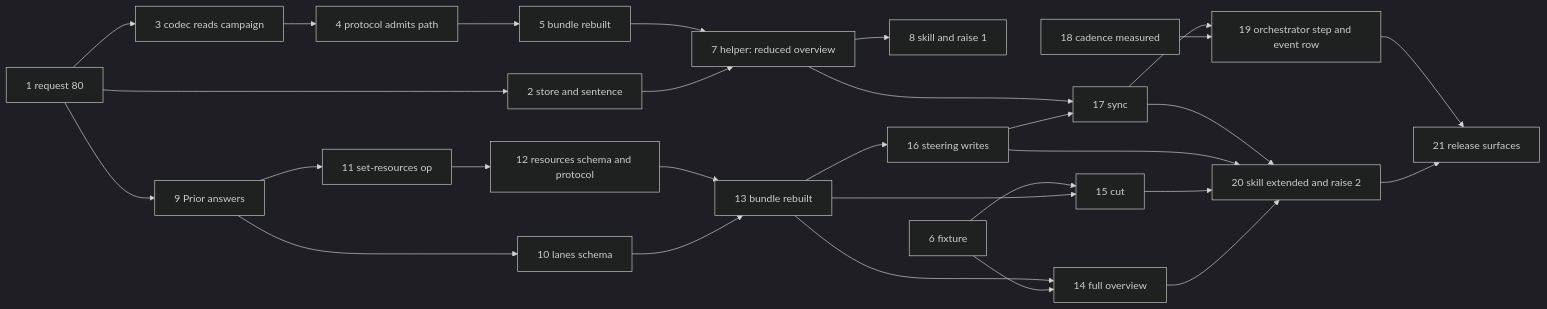
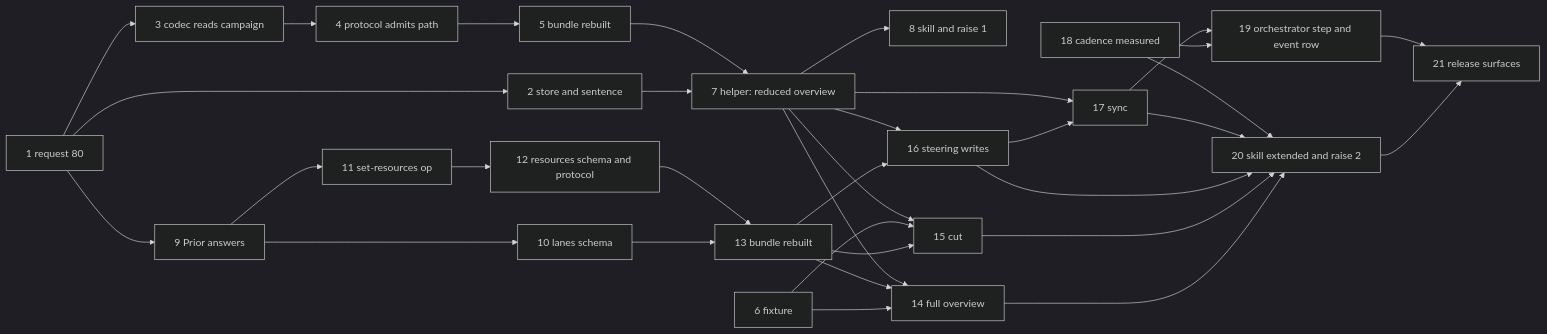
Before and after one commit to tenzoki/fusion: the third of 3 diagrams in fusion-workbench/work-packages/261108-1924-campaign-the-frame-for-work-spread-over-several-checkouts/plans/261108-2301-plan-campaign-the-frame-for-work-spread-over-several-checkouts.md, drawn with Mermaid (dark theme). The commit also changed other lines of this file and 5 other files, not shown here.

````diff
--- a/fusion-workbench/work-packages/261108-1924-campaign-the-frame-for-work-spread-over-several-checkouts/plans/261108-2301-plan-campaign-the-frame-for-work-spread-over-several-checkouts.md
+++ b/fusion-workbench/work-packages/261108-1924-campaign-the-frame-for-work-spread-over-several-checkouts/plans/261108-2301-plan-campaign-the-frame-for-work-spread-over-several-checkouts.md
@@ -94,31 +96,35 @@
 ```mermaid
 flowchart LR
   S1[1 request 80] --> S2[2 store and sentence]
   S1 --> S3[3 codec reads campaign]
   S3 --> S4[4 protocol admits path]
   S4 --> S5[5 bundle rebuilt]
   S2 --> S7[7 helper: reduced overview]
   S5 --> S7
   S7 --> S8[8 skill and raise 1]
   S1 --> S9[9 Prior answers]
   S6[6 fixture] --> S14
   S9 --> S10[10 lanes schema]
   S9 --> S11[11 set-resources op]
   S11 --> S12[12 resources schema and protocol]
   S10 --> S13[13 bundle rebuilt]
   S12 --> S13
   S13 --> S14[14 full overview]
   S13 --> S15[15 cut]
   S6 --> S15
   S13 --> S16[16 steering writes]
   S16 --> S17[17 sync]
   S7 --> S17
   S18[18 cadence measured] --> S19[19 orchestrator step and event row]
   S17 --> S19
   S14 --> S20[20 skill extended and raise 2]
   S15 --> S20
   S16 --> S20
   S17 --> S20
   S20 --> S21[21 release surfaces]
   S19 --> S21
+  S7 --> S14
+  S7 --> S15
+  S7 --> S16
+  S18 --> S20
 ```
````
